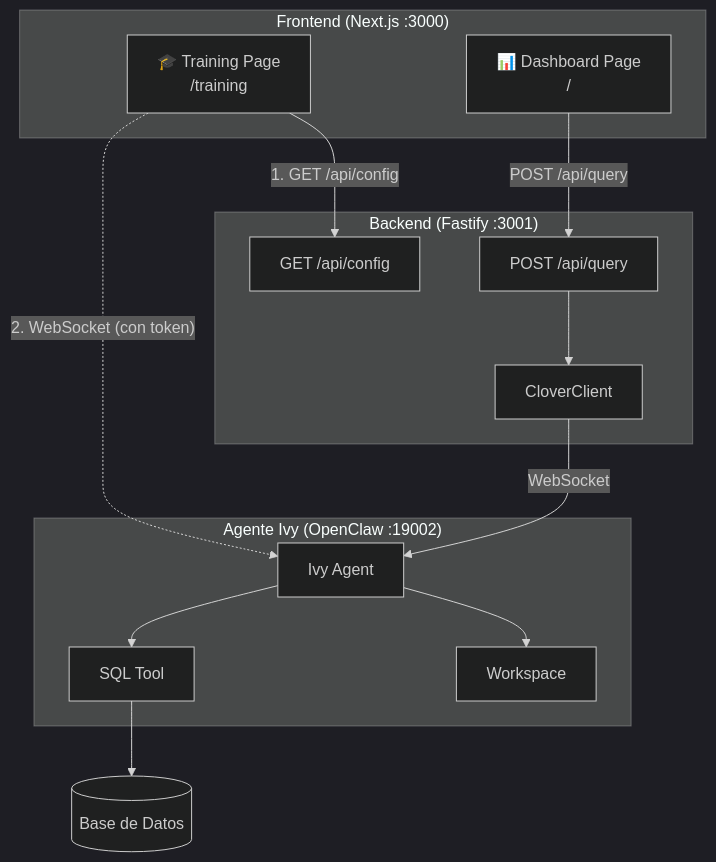
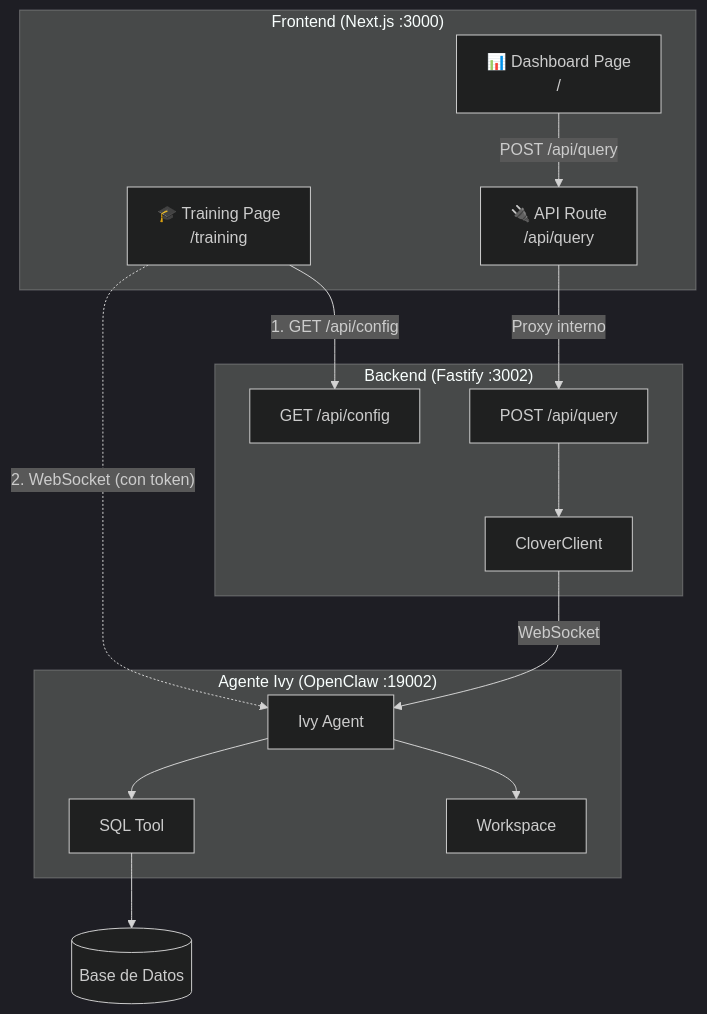
The first of 4 diagrams in docs/02-arquitectura.md (dchaves80/CloverBI), drawn with Mermaid (dark theme) before and after one commit. The commit also changed other lines of this file and 5 other files, not shown here.

````diff
--- a/docs/02-arquitectura.md
+++ b/docs/02-arquitectura.md
@@ -5,30 +5,32 @@
 ```mermaid
 flowchart TB
     subgraph "Frontend (Next.js :3000)"
         FT["🎓 Training Page<br/>/training"]
         FD["📊 Dashboard Page<br/>/"]
+        AR["🔌 API Route<br/>/api/query"]
     end
     
-    subgraph "Backend (Fastify :3001)"
+    subgraph "Backend (Fastify :3002)"
         CFG["GET /api/config"]
         API["POST /api/query"]
         CC["CloverClient"]
     end
     
     subgraph "Agente Ivy (OpenClaw :19002)"
         IVY["Ivy Agent"]
         SQL["SQL Tool"]
         WS["Workspace"]
     end
     
     DB[("Base de Datos")]
     
     FT -->|"1. GET /api/config"| CFG
     FT -.->|"2. WebSocket (con token)"| IVY
-    FD -->|"POST /api/query"| API
+    FD -->|"POST /api/query"| AR
+    AR -->|"Proxy interno"| API
     API --> CC
     CC -->|"WebSocket"| IVY
     IVY --> SQL
     SQL --> DB
     IVY --> WS
 ```
````
